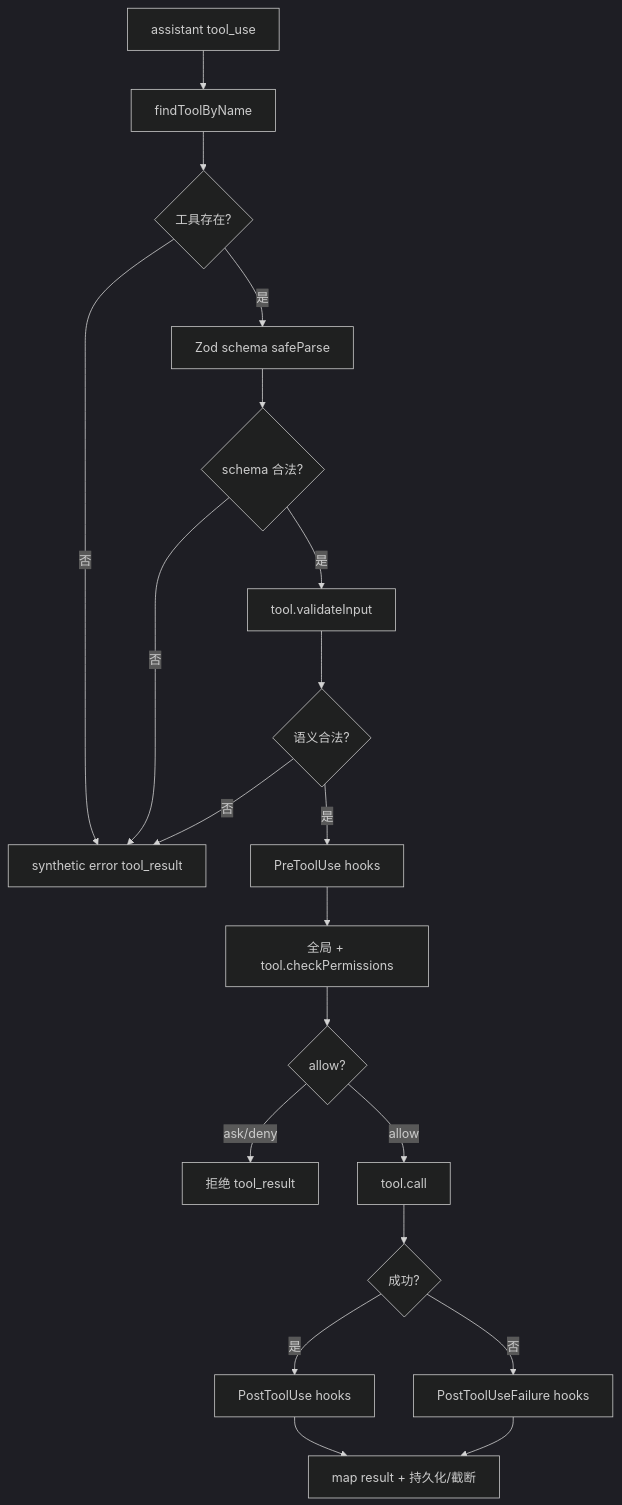
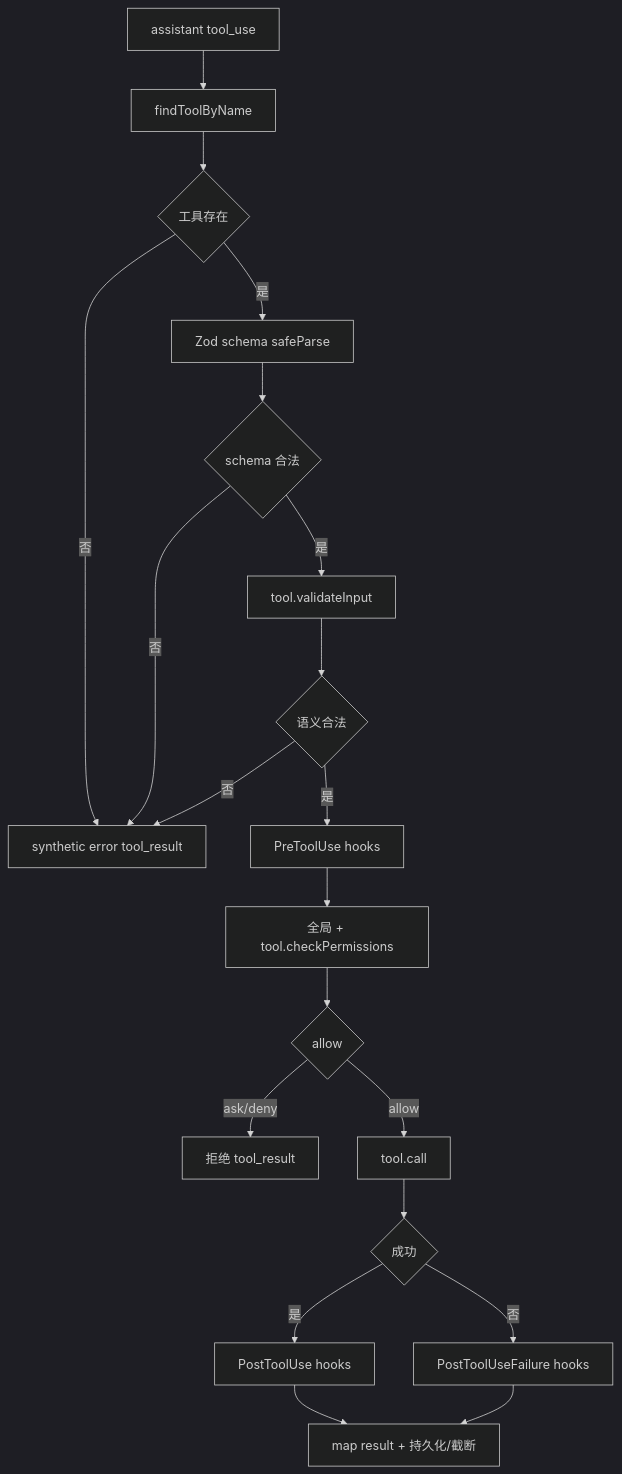
The diagram in docs/project-guide/07-tools-permissions-security.md (Hanxcellent/openclaude), drawn with Mermaid (dark theme) before and after one commit. The commit also changed other lines of this file and 22 other files, not shown here.

````diff
--- a/docs/project-guide/07-tools-permissions-security.md
+++ b/docs/project-guide/07-tools-permissions-security.md
@@ -45,22 +45,22 @@
 ```mermaid
 flowchart TD
   A[assistant tool_use] --> B[findToolByName]
-  B --> C{工具存在?}
+  B --> C{工具存在}
   C -- 否 --> X[synthetic error tool_result]
   C -- 是 --> D[Zod schema safeParse]
-  D --> E{schema 合法?}
+  D --> E{schema 合法}
   E -- 否 --> X
   E -- 是 --> F[tool.validateInput]
-  F --> G{语义合法?}
+  F --> G{语义合法}
   G -- 否 --> X
   G -- 是 --> H[PreToolUse hooks]
   H --> I[全局 + tool.checkPermissions]
-  I --> J{allow?}
+  I --> J{allow}
   J -- ask/deny --> Y[拒绝 tool_result]
   J -- allow --> K[tool.call]
-  K --> L{成功?}
+  K --> L{成功}
   L -- 是 --> M[PostToolUse hooks]
   L -- 否 --> N[PostToolUseFailure hooks]
   M --> O[map result + 持久化/截断]
   N --> O
 ```
````
